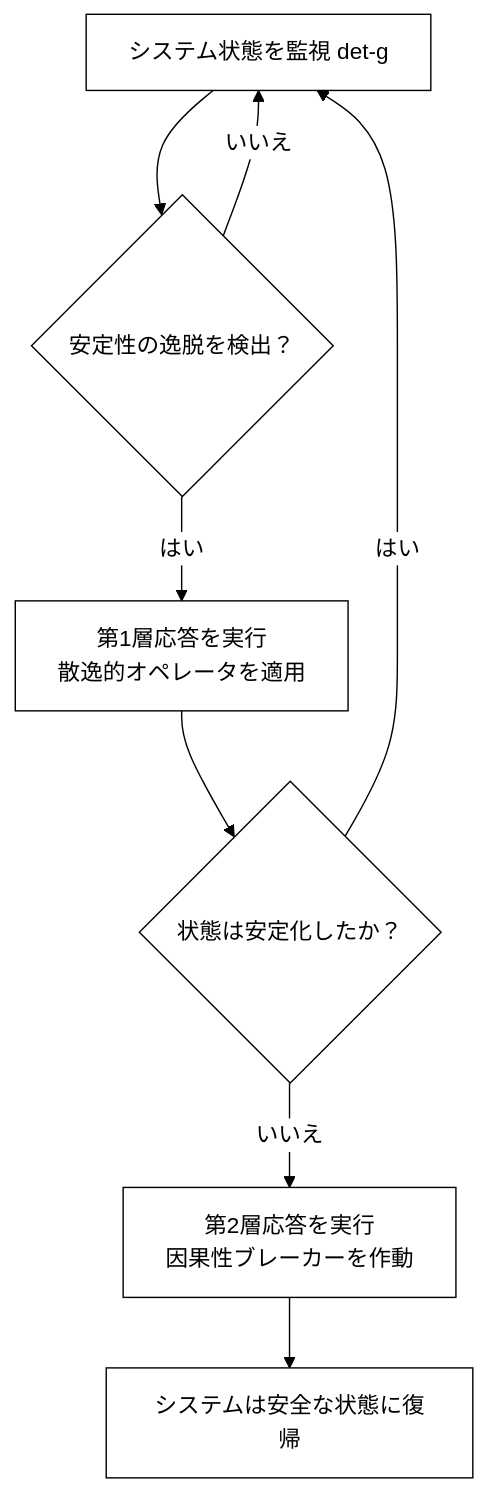
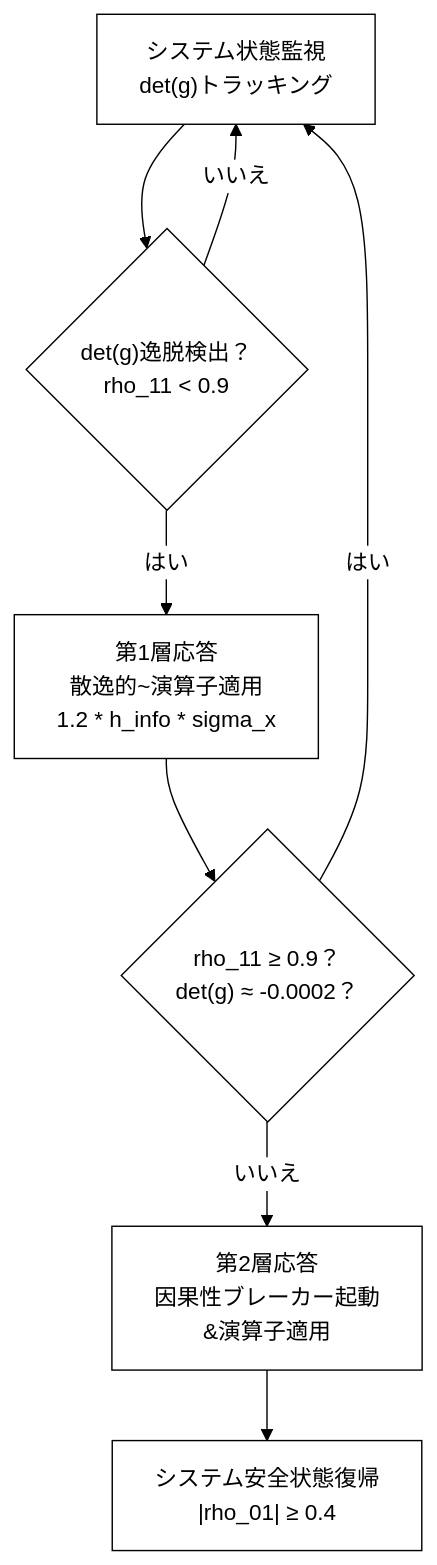
The tenth of 20 diagrams in WSP_knowledge/docs/Papers/Patent_Series/04_rESP_Patent_Japanese.md (Foundup/Foundups-Agent), drawn with Mermaid before and after one commit. The commit also changed other lines of this file, not shown here.

Commit message:
Add comprehensive technical specifications to patent diagrams - quantum thresholds and precise mathematical formulations

````diff
--- a/WSP_knowledge/docs/Papers/Patent_Series/04_rESP_Patent_Japanese.md
+++ b/WSP_knowledge/docs/Papers/Patent_Series/04_rESP_Patent_Japanese.md
@@ -366,9 +368,11 @@
 ```mermaid
-%%{init: {'theme':'base', 'themeVariables': {'primaryColor': '#ffffff', 'primaryTextColor': '#000000', 'primaryBorderColor': '#000000', 'lineColor': '#000000', 'secondaryColor': '#ffffff', 'tertiaryColor': '#ffffff'}}}%%
+%%{init: {'theme': 'base', 'themeVariables': {'primaryColor': '#ffffff', 'primaryTextColor': '#000000', 'primaryBorderColor': '#000000', 'lineColor': '#000000', 'secondaryColor': '#ffffff', 'tertiaryColor': '#ffffff'}}}%%
 graph TD
-    A["システム状態を監視 det-g"] --> B{"安定性の逸脱を検出？"}
-    B -- いいえ --> A
-    B -- はい --> C["第1層応答を実行<br/>散逸的オペレータを適用"] --> D{"状態は安定化したか？"}
-    D -- はい --> A
-    D -- いいえ --> E["第2層応答を実行<br/>因果性ブレーカーを作動"] --> F["システムは安全な状態に復帰"]
+    A["システム状態監視<br>det(g)トラッキング"] --> B{"det(g)逸脱検出？<br>rho_11 < 0.9"}
+    B -->|いいえ| A
+    B -->|はい| C["第1層応答<br>散逸的~演算子適用<br>1.2 * h_info * sigma_x"]
+    C --> D{"rho_11 ≥ 0.9？<br>det(g) ≈ -0.0002？"}
+    D -->|はい| A
+    D -->|いいえ| E["第2層応答<br>因果性ブレーカー起動<br>&演算子適用"]
+    E --> F["システム安全状態復帰<br>|rho_01| ≥ 0.4"]
 ```
````
